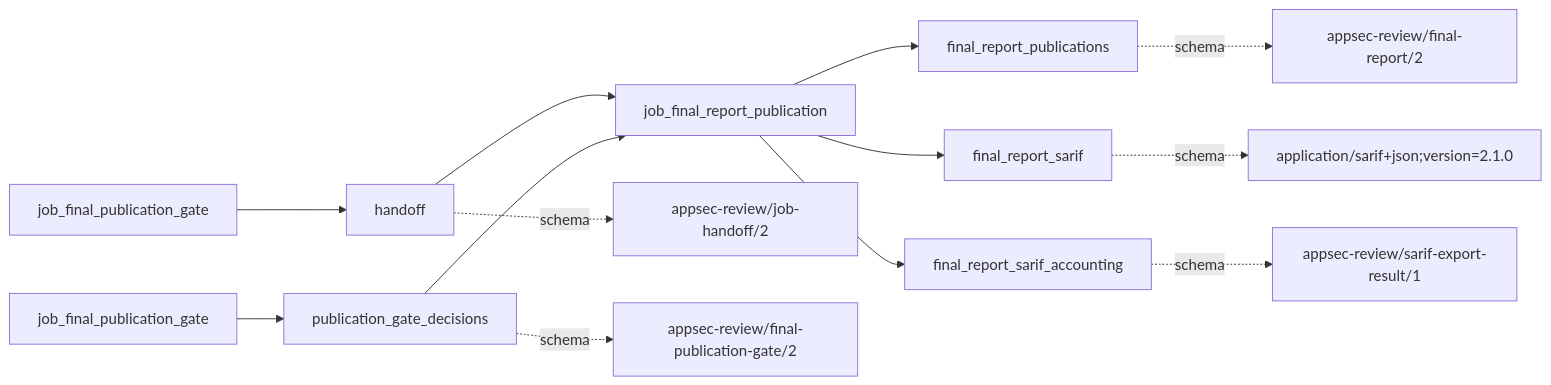
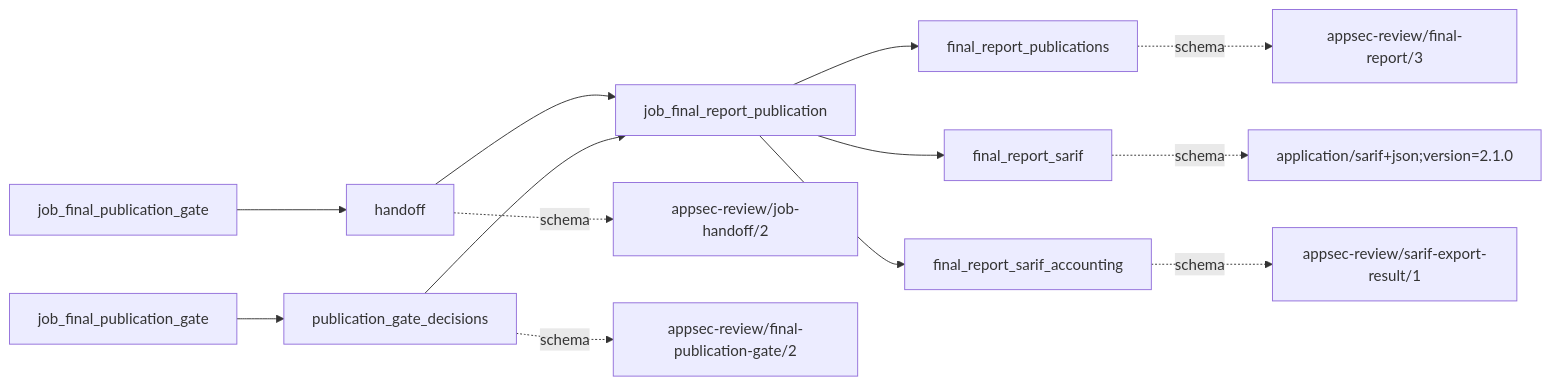
The first of 2 diagrams in docs/operations/job_final_report_publication.md (wsollers/appsec-review), drawn with Mermaid before and after one commit. The commit also changed other lines of this file and 24 other files, not shown here.

````diff
--- a/docs/operations/job_final_report_publication.md
+++ b/docs/operations/job_final_report_publication.md
@@ -76,26 +76,26 @@
 ```mermaid
 flowchart LR
   job["job_final_report_publication"]
   producer0["job_final_publication_gate"]
   input0["handoff"]
   input_schema0["appsec-review/job-handoff/2"]
   producer0 --> input0 --> job
   input0 -. schema .-> input_schema0
   producer1["job_final_publication_gate"]
   input1["publication_gate_decisions"]
   input_schema1["appsec-review/final-publication-gate/2"]
   producer1 --> input1 --> job
   input1 -. schema .-> input_schema1
   output0["final_report_publications"]
-  output_schema0["appsec-review/final-report/2"]
+  output_schema0["appsec-review/final-report/3"]
   job --> output0
   output0 -. schema .-> output_schema0
   output1["final_report_sarif"]
   output_schema1["application/sarif+json;version=2.1.0"]
   job --> output1
   output1 -. schema .-> output_schema1
   output2["final_report_sarif_accounting"]
   output_schema2["appsec-review/sarif-export-result/1"]
   job --> output2
   output2 -. schema .-> output_schema2
 ```
````
